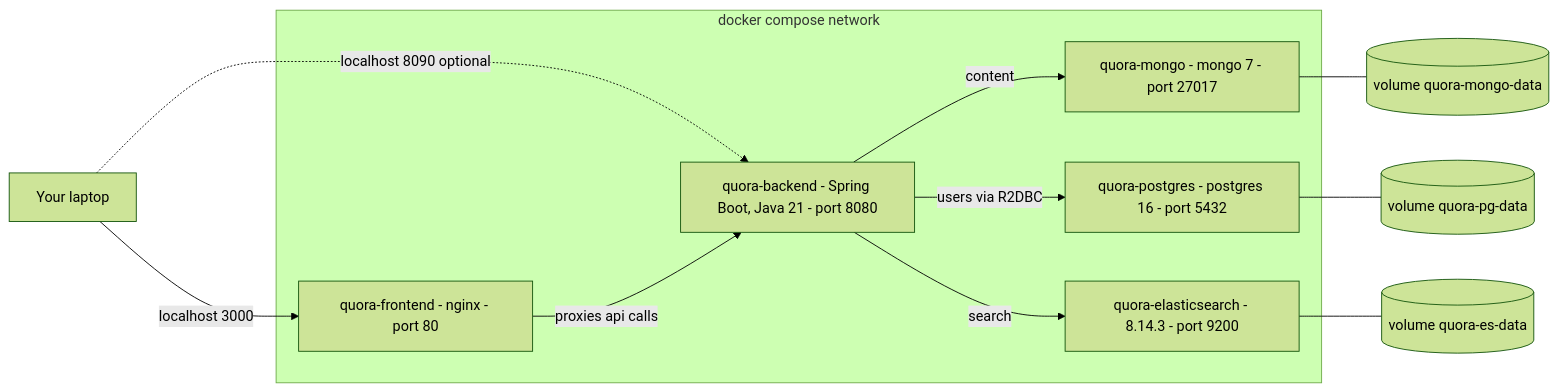
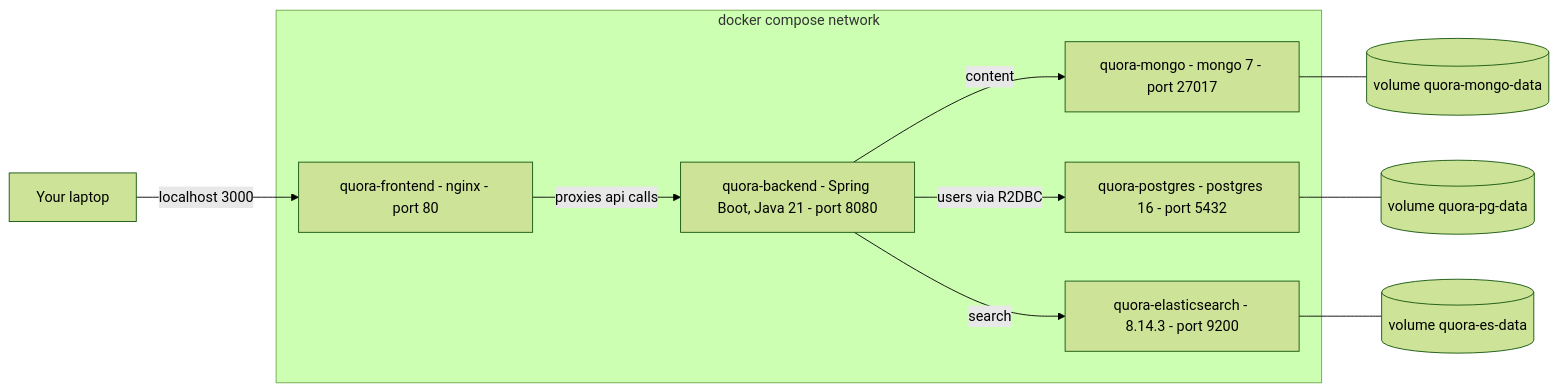
One commit to Hemantshankhwar/Spring-Quora-Reactive-App changed the fifth of 6 diagrams in README.md. Above: the diagram before and after it, drawn with Mermaid (forest theme). The commit also changed other lines of this file and 13 other files, not shown here.

````diff
--- a/README.md
+++ b/README.md
@@ -219,27 +219,26 @@
 ```mermaid
 flowchart LR
     Laptop["Your laptop"]
 
     subgraph Net["docker compose network"]
         FE["quora-frontend - nginx - port 80"]
         BE["quora-backend - Spring Boot, Java 21 - port 8080"]
         MG["quora-mongo - mongo 7 - port 27017"]
         PG["quora-postgres - postgres 16 - port 5432"]
         ES["quora-elasticsearch - 8.14.3 - port 9200"]
     end
 
     V1[("volume quora-mongo-data")]
     V2[("volume quora-pg-data")]
     V3[("volume quora-es-data")]
 
     Laptop -->|"localhost 3000"| FE
-    Laptop -.->|"localhost 8090 optional"| BE
     FE -->|"proxies api calls"| BE
     BE -->|"content"| MG
     BE -->|"users via R2DBC"| PG
     BE -->|"search"| ES
 
     MG --- V1
     PG --- V2
     ES --- V3
 ```
````
